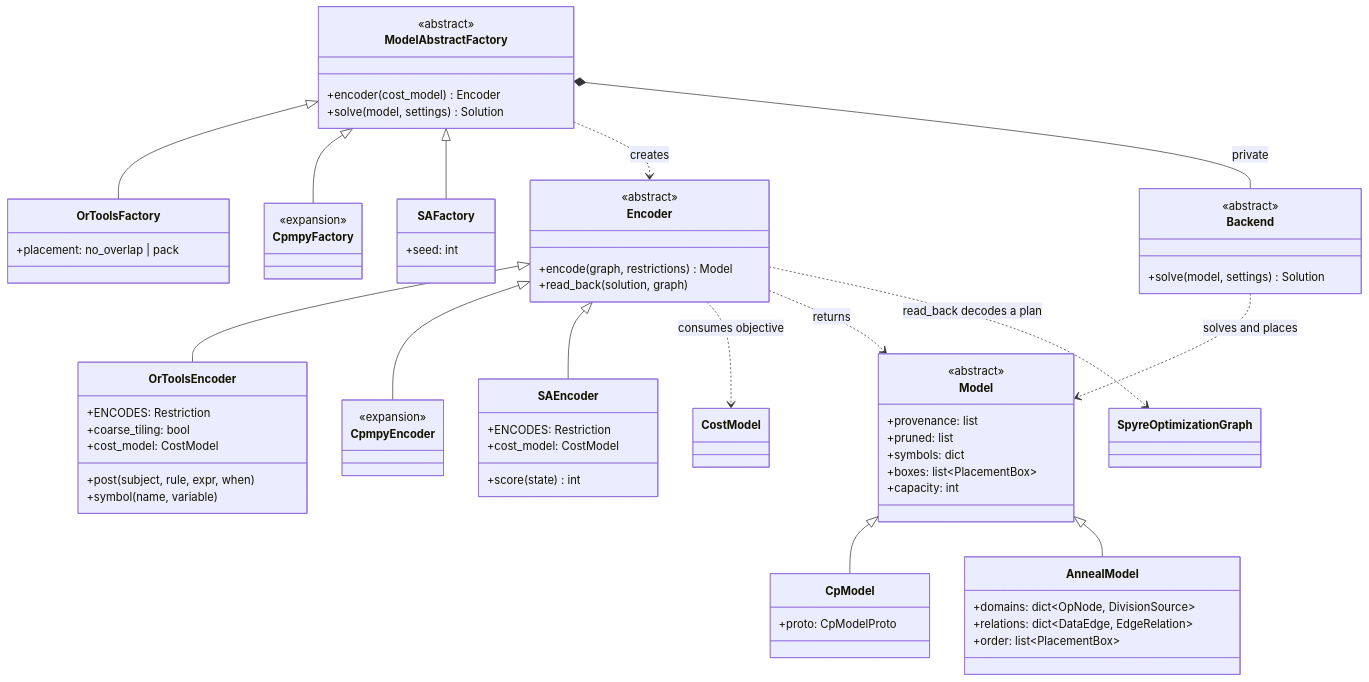
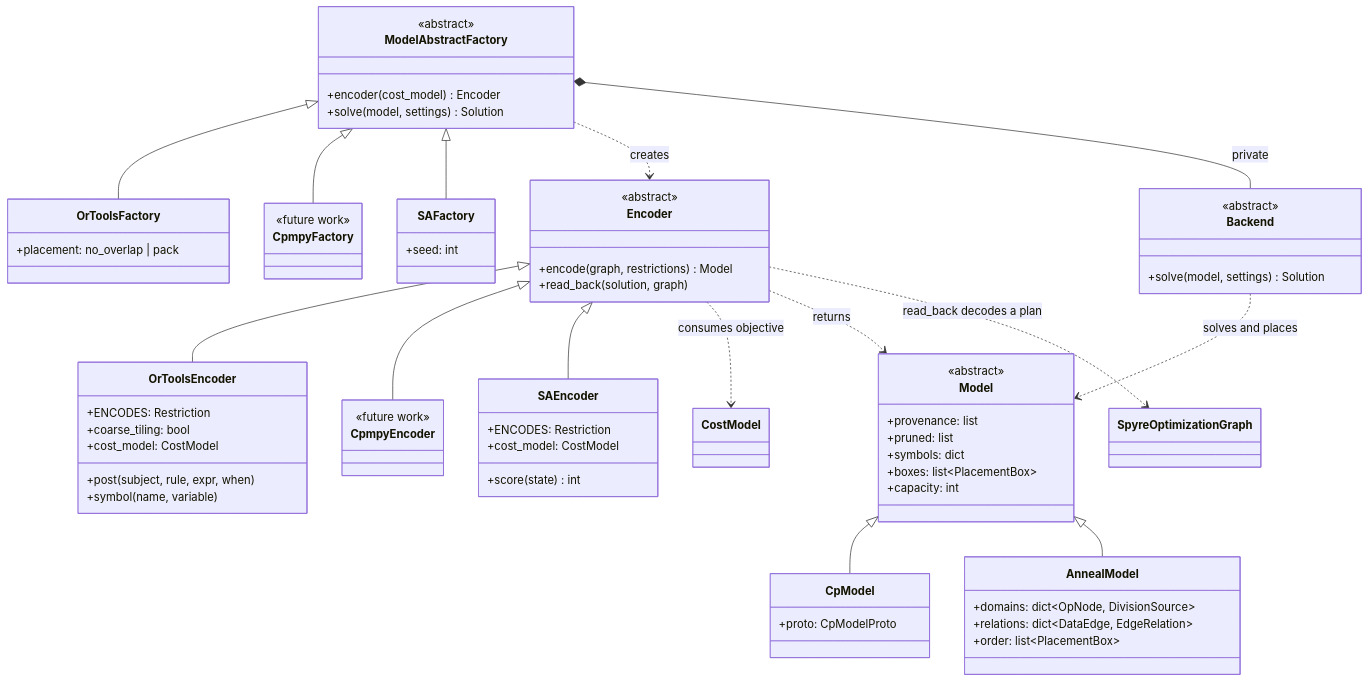
One commit to spectre-ns/spyre-roadmap changed the fourth of 5 diagrams in plans/lx-allocator.md. Above: the diagram before and after it, drawn with Mermaid. The commit also changed other lines of this file, not shown here.

First line of the commit message:
Add a future work section to the LX allocator plan

````diff
--- a/plans/lx-allocator.md
+++ b/plans/lx-allocator.md
@@ -312,76 +311,76 @@
 ```mermaid
 classDiagram
     direction TB
 
     class ModelAbstractFactory {
         <<abstract>>
         +encoder(cost_model) Encoder
         +solve(model, settings) Solution
     }
     class OrToolsFactory {
         +placement: no_overlap | pack
     }
     class CpmpyFactory {
-        <<expansion>>
+        <<future work>>
     }
     class SAFactory {
         +seed: int
     }
     class Backend {
         <<abstract>>
         +solve(model, settings) Solution
     }
     class Encoder {
         <<abstract>>
         +encode(graph, restrictions) Model
         +read_back(solution, graph)
     }
     class OrToolsEncoder {
         +ENCODES: Restriction
         +coarse_tiling: bool
         +cost_model: CostModel
         +post(subject, rule, expr, when)
         +symbol(name, variable)
     }
     class CpmpyEncoder {
-        <<expansion>>
+        <<future work>>
     }
     class SAEncoder {
         +ENCODES: Restriction
         +cost_model: CostModel
         +score(state) int
     }
     class Model {
         <<abstract>>
         +provenance: list
         +pruned: list
         +symbols: dict
         +boxes: list~PlacementBox~
         +capacity: int
     }
     class CpModel {
         +proto: CpModelProto
     }
     class AnnealModel {
         +domains: dict~OpNode, DivisionSource~
         +relations: dict~DataEdge, EdgeRelation~
         +order: list~PlacementBox~
     }
     class CostModel
     class SpyreOptimizationGraph
 
     ModelAbstractFactory <|-- OrToolsFactory
     ModelAbstractFactory <|-- CpmpyFactory
     ModelAbstractFactory <|-- SAFactory
     ModelAbstractFactory ..> Encoder : creates
     ModelAbstractFactory *-- Backend : private
     Encoder <|-- OrToolsEncoder
     Encoder <|-- CpmpyEncoder
     Encoder <|-- SAEncoder
     Encoder ..> CostModel : consumes objective
     Encoder ..> Model : returns
     Model <|-- CpModel
     Model <|-- AnnealModel
     Encoder ..> SpyreOptimizationGraph : read_back decodes a plan
     Backend ..> Model : solves and places
 ```
````
